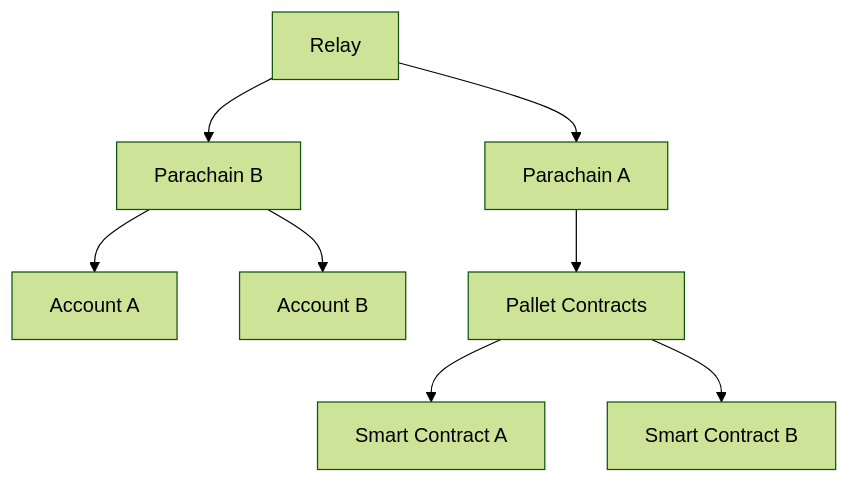
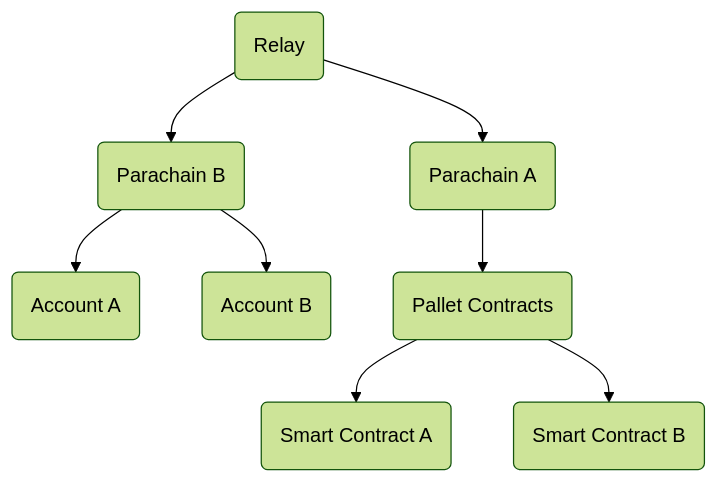
The third of 20 diagrams in syllabus/7-XCM/1-Core_Concepts_of_XCM/Core_Concepts_of_XCM_slides.md (Polkadot-Blockchain-Academy/pba-content), drawn with Mermaid (forest theme) before and after one commit. The commit also changed other lines of this file and 1 other file, not shown here.

Commit message:
Change mermaidjs theme

````diff
--- a/syllabus/7-XCM/1-Core_Concepts_of_XCM/Core_Concepts_of_XCM_slides.md
+++ b/syllabus/7-XCM/1-Core_Concepts_of_XCM/Core_Concepts_of_XCM_slides.md
@@ -284,10 +284,10 @@
 ```mermaid
 graph TD;
-    Relay-->A[Parachain A];
-    Relay-->B[Parachain B];
-    B-->Alice[Account A]
-    B-->Bob[Account B]
-    A-->Pallet[Pallet Contracts]
-    Pallet-->SCA[Smart Contract A]
-    Pallet-->SCB[Smart Contract B]
+    Relay(Relay)-->A(Parachain A)
+    Relay-->B(Parachain B)
+    B-->Alice(Account A)
+    B-->Bob(Account B)
+    A-->Pallet(Pallet Contracts)
+    Pallet-->SCA(Smart Contract A)
+    Pallet-->SCB(Smart Contract B)
 ```
````
